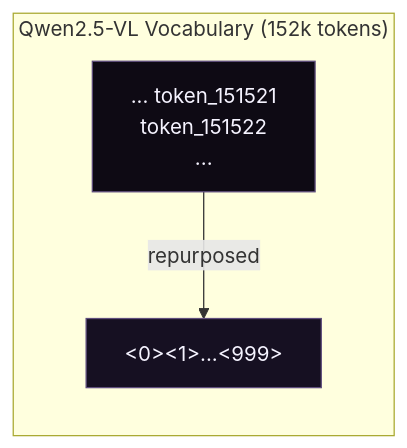
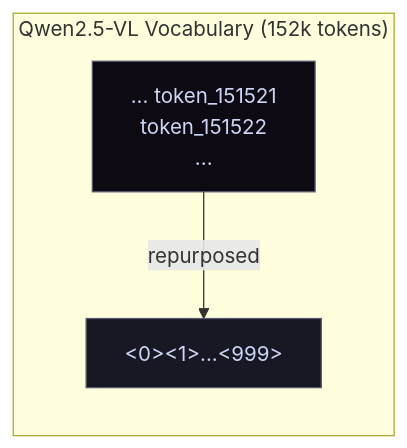
Before and after one commit to rycerzes/website: the second of 3 diagrams in src/posts/rex-omni-technical-analysis.mdx, drawn with Mermaid. The commit also changed other lines of this file and 5 other files, not shown here.

Commit message:
style: use catppuccin mocha for code highlighting and post diagrams

````diff
--- a/src/posts/rex-omni-technical-analysis.mdx
+++ b/src/posts/rex-omni-technical-analysis.mdx
@@ -168,9 +168,9 @@
 ```mermaid
 flowchart LR
     subgraph Vocab["Qwen2.5-VL Vocabulary (152k tokens)"]
         A["... token_151521<br/>token_151522<br/>..."] -->|"repurposed"| B["<0><1>...<999>"]
     end
 
-    style A fill:#0e0a14,stroke:#5f4e7d,color:#f5f3ff
-    style B fill:#161022,stroke:#5f4e7d,color:#f5f3ff
+    style A fill:#0e0a14,stroke:#585b70,color:#cdd6f4
+    style B fill:#181825,stroke:#585b70,color:#cdd6f4
 ```
````
